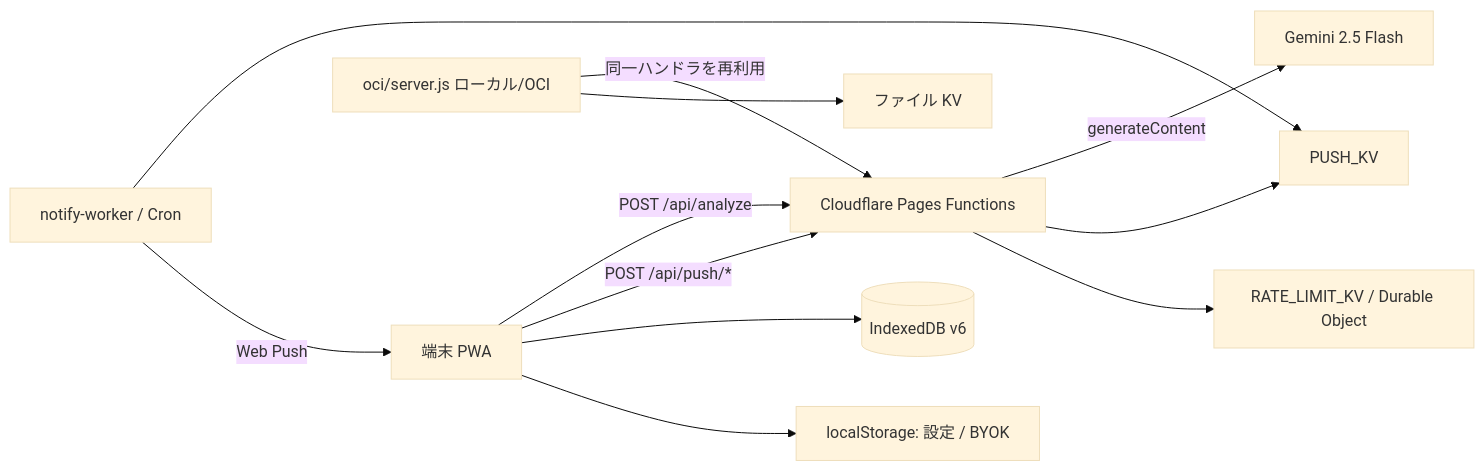
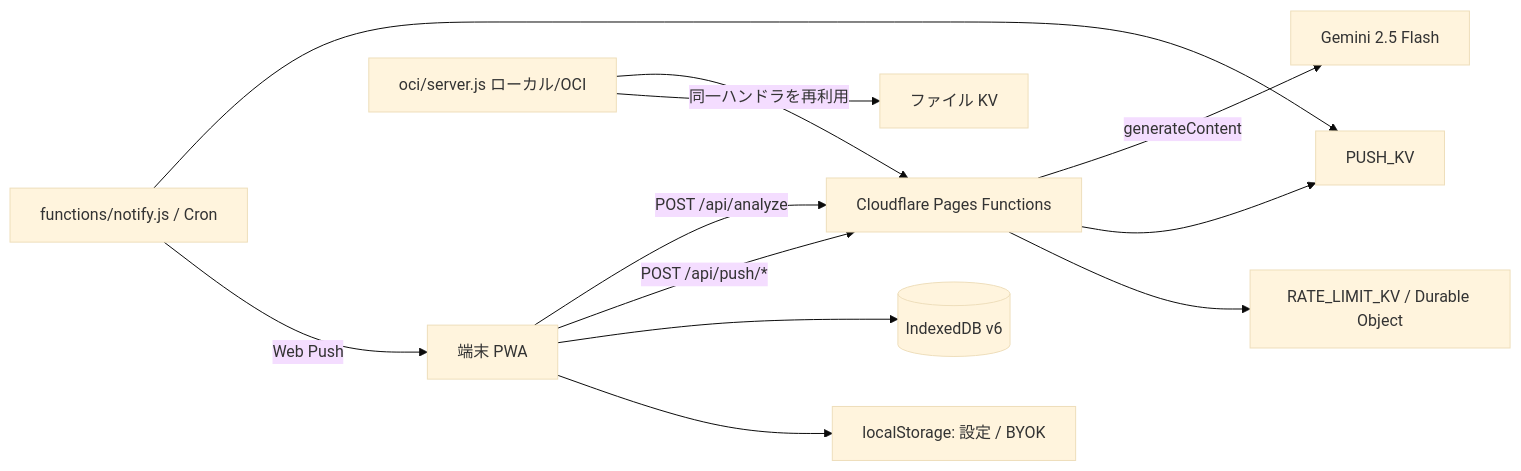
Before and after one commit to neoenox/receipt-expiry-webapp: the diagram in receipt-expiry-pwa/docs/architecture/ARCHITECTURE.md, drawn with Mermaid (base theme). The commit also changed other lines of this file and 8 other files, not shown here.

````diff
--- a/receipt-expiry-pwa/docs/architecture/ARCHITECTURE.md
+++ b/receipt-expiry-pwa/docs/architecture/ARCHITECTURE.md
@@ -7,14 +7,14 @@
 ```mermaid
 flowchart LR
   U[端末 PWA] -->|POST /api/analyze| F[Cloudflare Pages Functions]
   F -->|generateContent| G[Gemini 2.5 Flash]
   U -->|POST /api/push/*| F
   F --> P[PUSH_KV]
-  W[notify-worker / Cron] --> P
+  W[functions/notify.js / Cron] --> P
   W -->|Web Push| U
   F --> R[RATE_LIMIT_KV / Durable Object]
   L[oci/server.js ローカル/OCI] -->|同一ハンドラを再利用| F
   L --> KV[ファイル KV]
   U --> IDB[(IndexedDB v6)]
   U --> LS[localStorage: 設定 / BYOK]
 ```
````
